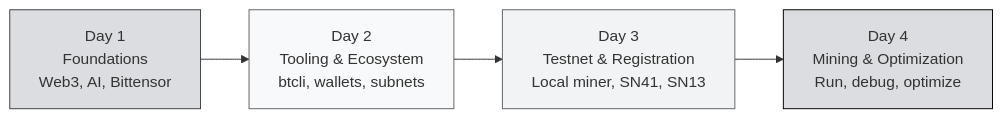
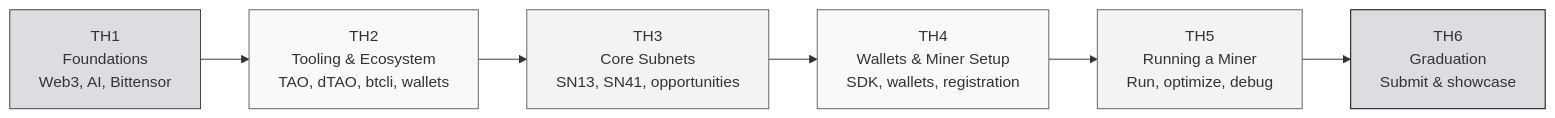
One commit to abhirupinspace/India-Bittensor-colearning changed the diagram in docs/00-overview.md. Above: the diagram before and after it, drawn with Mermaid. The commit also changed other lines of this file and 89 other files, not shown here.

````diff
--- a/docs/00-overview.md
+++ b/docs/00-overview.md
@@ -40,11 +42,15 @@
 ```mermaid
 flowchart LR
-    A[Day 1<br/>Foundations<br/>Web3, AI, Bittensor] --> B[Day 2<br/>Tooling & Ecosystem<br/>btcli, wallets, subnets]
-    B --> C[Day 3<br/>Testnet & Registration<br/>Local miner, SN41, SN13]
-    C --> D[Day 4<br/>Mining & Optimization<br/>Run, debug, optimize]
+    A[TH1<br/>Foundations<br/>Web3, AI, Bittensor] --> B[TH2<br/>Tooling & Ecosystem<br/>TAO, dTAO, btcli, wallets]
+    B --> C[TH3<br/>Core Subnets<br/>SN13, SN41, opportunities]
+    C --> D[TH4<br/>Wallets & Miner Setup<br/>SDK, wallets, registration]
+    D --> E[TH5<br/>Running a Miner<br/>Run, optimize, debug]
+    E --> F[TH6<br/>Graduation<br/>Submit & showcase]
 
     style A fill:#DBDDE1,stroke:#3C4043
     style B fill:#F8F9FA,stroke:#5F6368
     style C fill:#F1F3F4,stroke:#5F6368
-    style D fill:#DBDDE1,stroke:#000000
+    style D fill:#F8F9FA,stroke:#5F6368
+    style E fill:#F1F3F4,stroke:#5F6368
+    style F fill:#DBDDE1,stroke:#000000
 ```
````
